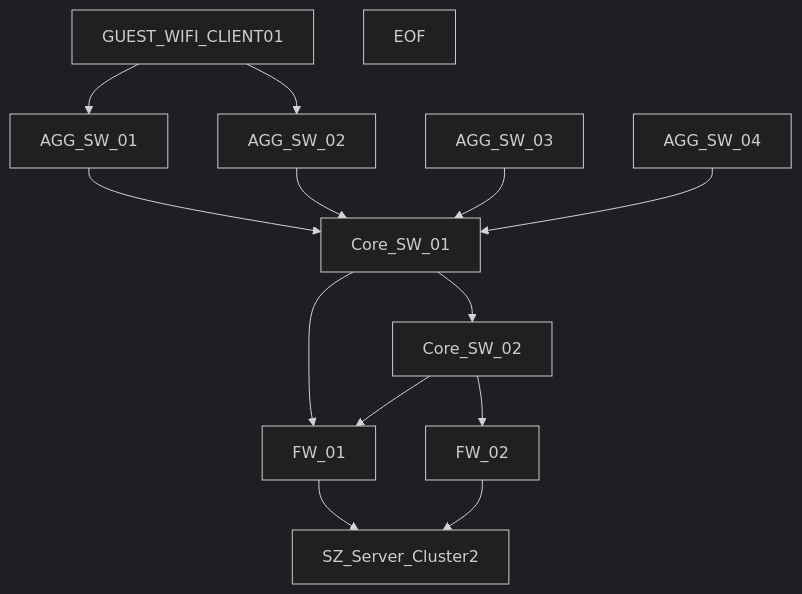
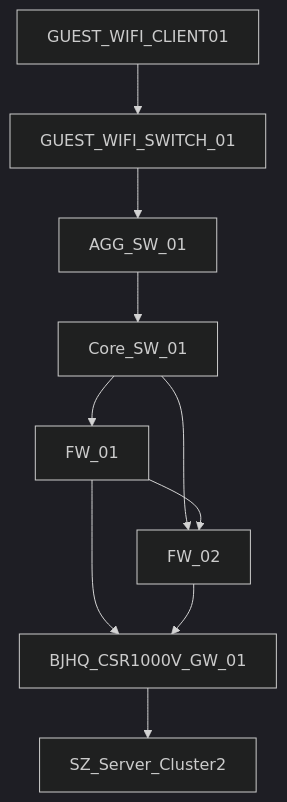
One commit to KG-khangelani/Telco-Troubleshooting-Agentic-Challenge-B changed the diagram in outputs/topology_problem_4.md. Above: the diagram before and after it, drawn with Mermaid (dark theme). The commit also changed 8 other files, not shown here.

````diff
--- a/outputs/topology_problem_4.md
+++ b/outputs/topology_problem_4.md
@@ -1,16 +1,12 @@
 ```mermaid
 graph TD
-  GUEST_WIFI_CLIENT01 --> AGG_SW_01
-  GUEST_WIFI_CLIENT01 --> AGG_SW_02
-  AGG_SW_01 --> Core_SW_01
-  AGG_SW_02 --> Core_SW_01
-  AGG_SW_03 --> Core_SW_01
-  AGG_SW_04 --> Core_SW_01
-  Core_SW_01 --> Core_SW_02
-  Core_SW_01 --> FW_01
-  Core_SW_02 --> FW_01
-  Core_SW_02 --> FW_02
-  FW_01 --> SZ_Server_Cluster2
-  FW_02 --> SZ_Server_Cluster2
-EOF
+    GUEST_WIFI_CLIENT01 --> GUEST_WIFI_SWITCH_01
+    GUEST_WIFI_SWITCH_01 --> AGG_SW_01
+    AGG_SW_01 --> Core_SW_01
+    Core_SW_01 --> FW_01
+    Core_SW_01 --> FW_02
+    FW_01 --> FW_02
+    FW_01 --> BJHQ_CSR1000V_GW_01
+    FW_02 --> BJHQ_CSR1000V_GW_01
+    BJHQ_CSR1000V_GW_01 --> SZ_Server_Cluster2
 ```
````
